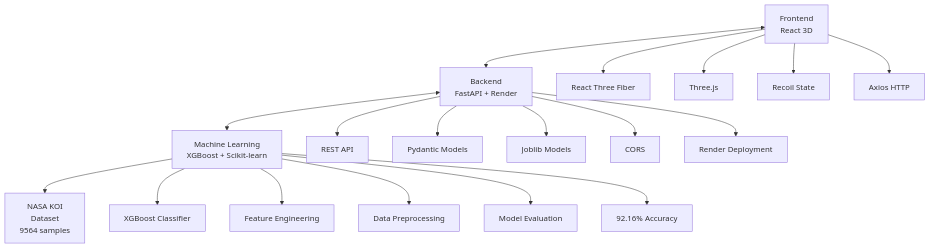
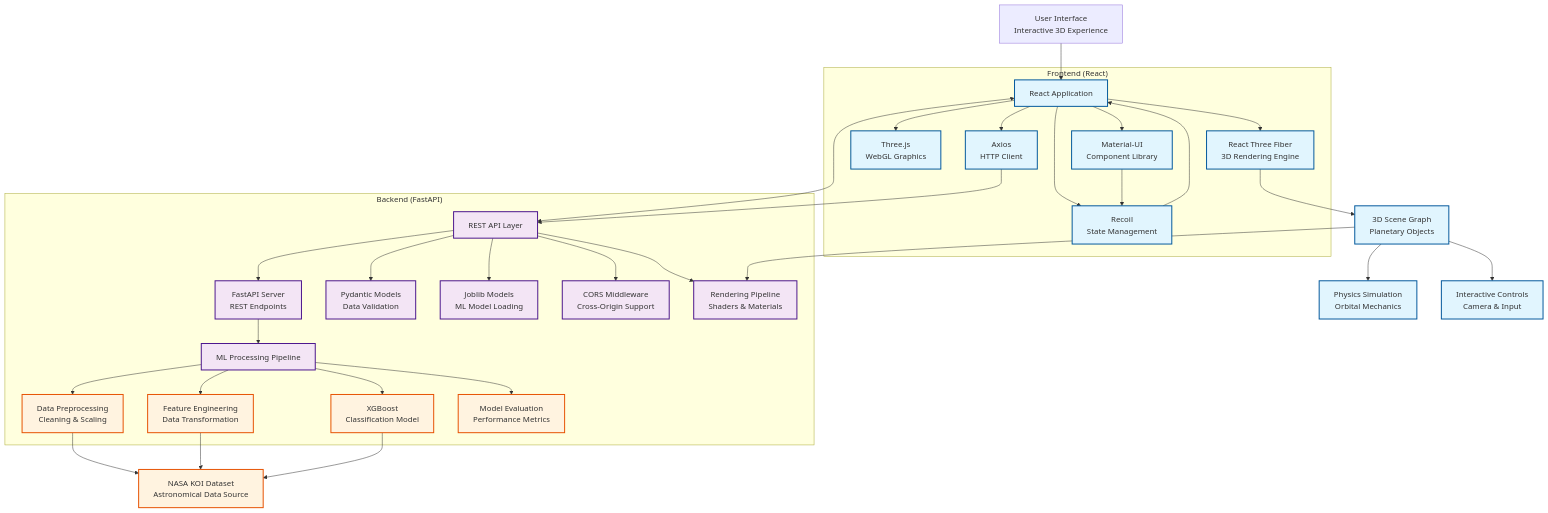
The diagram in README.md (Trinity-SYT-SECURITY/NASA_2025_ALL), drawn with Mermaid before and after one commit. The commit also changed other lines of this file, not shown here.

Commit message:
Complete Exoplanet AI Discovery Platform with ML models and 3D visualization

````diff
--- a/README.md
+++ b/README.md
@@ -25,23 +36,60 @@
 ```mermaid
 graph TB
-    A[Frontend<br/>React 3D] <--> B[Backend<br/>FastAPI + Render]
-    B <--> C[Machine Learning<br/>XGBoost + Scikit-learn]
-    C --> D[NASA KOI<br/>Dataset<br/>9564 samples]
+    %% User Layer
+    U[User Interface<br/>Interactive 3D Experience] --> F
 
-    A --> A1[React Three Fiber]
-    A --> A2[Three.js]
-    A --> A3[Recoil State]
-    A --> A4[Axios HTTP]
+    %% Frontend Layer
+    subgraph "Frontend (React)"
+        F[React Application]
+        F --> R3F[React Three Fiber<br/>3D Rendering Engine]
+        F --> TJS[Three.js<br/>WebGL Graphics]
+        F --> REC[Recoil<br/>State Management]
+        F --> AXI[Axios<br/>HTTP Client]
+        F --> UI[Material-UI<br/>Component Library]
+    end
 
-    B --> B1[REST API]
-    B --> B2[Pydantic Models]
-    B --> B3[Joblib Models]
-    B --> B4[CORS]
-    B --> B5[Render Deployment]
+    %% API Communication
+    F <--> API[REST API Layer]
 
-    C --> C1[XGBoost Classifier]
-    C --> C2[Feature Engineering]
-    C --> C3[Data Preprocessing]
-    C --> C4[Model Evaluation]
-    C --> C5[92.16% Accuracy]
+    %% Backend Layer
+    subgraph "Backend (FastAPI)"
+        API --> FAS[FastAPI Server<br/>REST Endpoints]
+        API --> PYM[Pydantic Models<br/>Data Validation]
+        API --> JOB[Joblib Models<br/>ML Model Loading]
+        API --> COR[CORS Middleware<br/>Cross-Origin Support]
+        API --> REN[Render Deployment<br/>Cloud Hosting]
+
+        %% ML Processing
+        FAS --> MLP[ML Processing Pipeline]
+        MLP --> XGB[XGBoost<br/>Classification Model]
+        MLP --> FE[Feature Engineering<br/>Data Transformation]
+        MLP --> PRE[Data Preprocessing<br/>Cleaning & Scaling]
+        MLP --> EVAL[Model Evaluation<br/>Performance Metrics]
+    end
+
+    %% Data Layer
+    PRE --> DATA[NASA KOI Dataset<br/>Astronomical Data Source]
+    FE --> DATA
+    XGB --> DATA
+
+    %% 3D Visualization Pipeline
+    R3F --> SCE[3D Scene Graph<br/>Planetary Objects]
+    SCE --> PHY[Physics Simulation<br/>Orbital Mechanics]
+    SCE --> REN[Rendering Pipeline<br/>Shaders & Materials]
+    SCE --> INT[Interactive Controls<br/>Camera & Input]
+
+    %% State Flow
+    UI --> REC
+    REC --> F
+    AXI --> API
+
+    %% Styling
+    classDef frontend fill:#e1f5fe,stroke:#01579b,stroke-width:2px
+    classDef backend fill:#f3e5f5,stroke:#4a148c,stroke-width:2px
+    classDef data fill:#e8f5e8,stroke:#1b5e20,stroke-width:2px
+    classDef ml fill:#fff3e0,stroke:#e65100,stroke-width:2px
+
+    class F,UI,REC,AXI,R3F,TJS,SCE,PHY,REN,INT frontend
+    class FAS,PYM,JOB,COR,REN,API,MLP backend
+    class XGB,FE,PRE,EVAL,DATA ml
 ```
````
